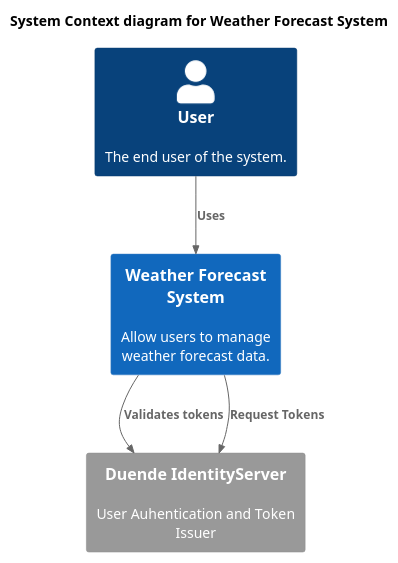
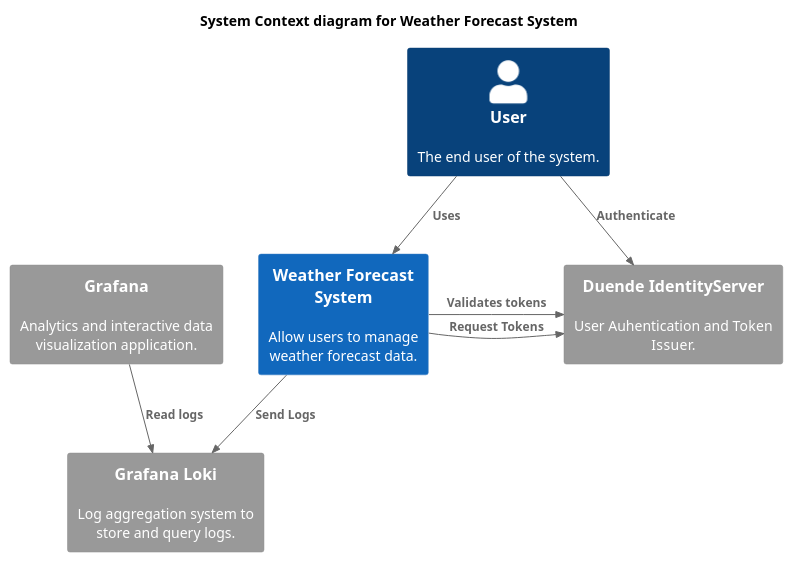
The diagram in architecture/context.puml (salmarsumi/CleanArchitecture), drawn with PlantUML before and after one commit. The commit also changed 2 other files, not shown here.

Commit message:
context and container architectural diagram loki update.

```diff
--- a/architecture/context.puml
+++ b/architecture/context.puml
@@ -1,17 +1,22 @@
 @startuml
 !include https://raw.githubusercontent.com/plantuml-stdlib/C4-PlantUML/master/C4_Context.puml
 
 HIDE_STEREOTYPE()
 
 title System Context diagram for Weather Forecast System
 
 Person(user, "User", "The end user of the system.")
 
 System(weather_system, "Weather Forecast System", "Allow users to manage weather forecast data.")
-System_Ext(identity, "Duende IdentityServer", "User Auhentication and Token Issuer")
+System_Ext(identity, "Duende IdentityServer", "User Auhentication and Token Issuer.")
+System_Ext(loki, "Grafana Loki", "Log aggregation system to store and query logs.")
+System_Ext(grafana, "Grafana", "Analytics and interactive data visualization application.")
 
 Rel(user, weather_system, "Uses")
-Rel(weather_system, identity, "Request Tokens")
-Rel_Neighbor(weather_system, identity, "Validates tokens")
+Rel(user, identity, "Authenticate")
+Rel_R(weather_system, identity, "Request Tokens")
+Rel_R(weather_system, identity, "Validates tokens")
+Rel(weather_system, loki, "Send Logs")
+Rel(grafana, loki, "Read logs")
 
 @enduml
```
